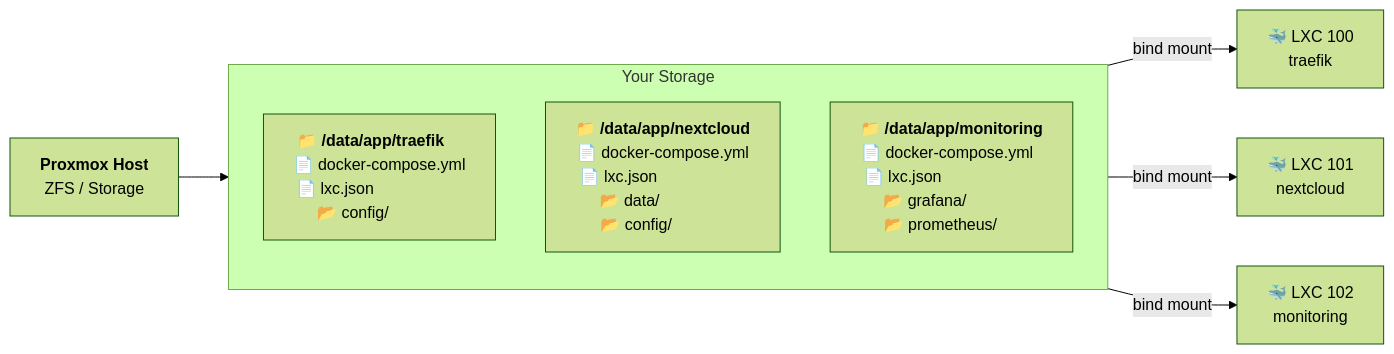
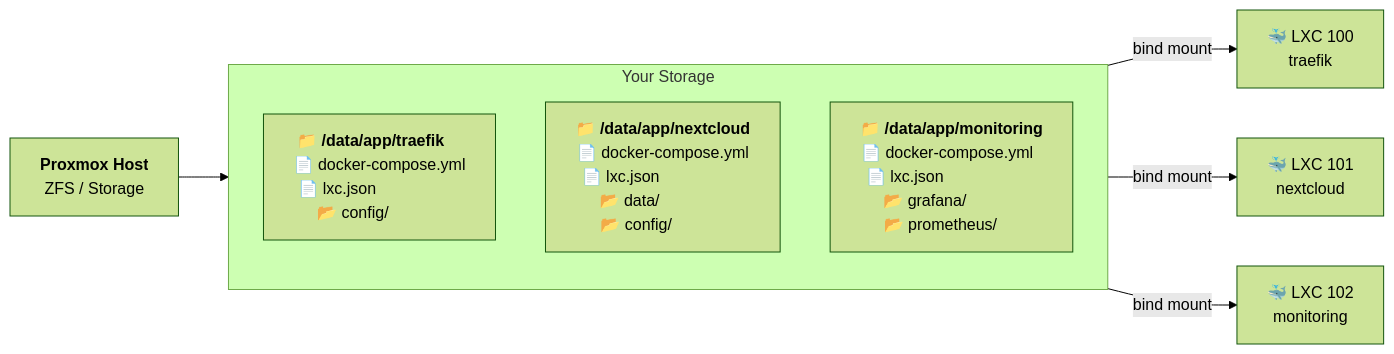
Before and after one commit to PoBruno/pve-compose: the diagram in README.md, drawn with Mermaid (forest theme). The commit also changed other lines of this file, not shown here.

Commit message:
readme: value prop, mermaid diagram, zfs storage IS your backup, lifecycle, full command reference, install from .deb or source

````diff
--- a/README.md
+++ b/README.md
@@ -11,17 +11,17 @@
 ```mermaid
 graph LR
     A["<b>Proxmox Host</b><br/>ZFS / Storage"] --> B
 
     subgraph B["Your Storage"]
         direction TB
-        D1["<b>📁 /data/app/traefik &nbsp;&nbsp;&nbsp;</b><br/>📄 docker-compose.yml<br/>📄 lxc.json &nbsp;&nbsp;&nbsp;&nbsp;&nbsp;&nbsp;&nbsp;&nbsp;&nbsp;&nbsp;&nbsp;&nbsp;&nbsp;&nbsp;&nbsp;&nbsp;&nbsp;&nbsp;&nbsp<br/>📂 config/ &nbsp;&nbsp;&nbsp;&nbsp;&nbsp;&nbsp;&nbsp;&nbsp;&nbsp;&nbsp;&nbsp;"]
+        D1["<b>📁 /data/app/traefik &nbsp;&nbsp;&nbsp;</b><br/>📄 docker-compose.yml<br/>📄 lxc.json &nbsp;&nbsp;&nbsp;&nbsp;&nbsp;&nbsp;&nbsp;&nbsp;&nbsp;&nbsp;&nbsp;&nbsp;&nbsp;&nbsp;&nbsp;&nbsp;&nbsp;&nbsp<br/>📂 config/ &nbsp;&nbsp;&nbsp;&nbsp;&nbsp;&nbsp;&nbsp;&nbsp;&nbsp;&nbsp;&nbsp;"]
         
-        D2["<b>📁 /data/app/nextcloud </b><br/>📄 docker-compose.yml<br/>📄 lxc.json &nbsp;&nbsp;&nbsp;&nbsp;&nbsp;&nbsp;&nbsp;&nbsp;&nbsp;&nbsp;&nbsp;&nbsp;&nbsp;&nbsp;&nbsp;&nbsp;&nbsp;&nbsp;&nbsp;<br/>📂 data/ &nbsp;&nbsp;&nbsp;&nbsp;&nbsp;&nbsp;&nbsp;&nbsp;&nbsp;&nbsp;&nbsp;&nbsp;&nbsp;&nbsp;<br/>📂 config/ &nbsp;&nbsp;&nbsp;&nbsp;&nbsp;&nbsp;&nbsp;&nbsp;&nbsp;&nbsp;&nbsp;"]
+        D2["<b>📁 /data/app/nextcloud </b><br/>📄 docker-compose.yml<br/>📄 lxc.json &nbsp;&nbsp;&nbsp;&nbsp;&nbsp;&nbsp;&nbsp;&nbsp;&nbsp;&nbsp;&nbsp;&nbsp;&nbsp;&nbsp;&nbsp;&nbsp;&nbsp;&nbsp;<br/>📂 data/ &nbsp;&nbsp;&nbsp;&nbsp;&nbsp;&nbsp;&nbsp;&nbsp;&nbsp;&nbsp;&nbsp;&nbsp;&nbsp;&nbsp;<br/>📂 config/ &nbsp;&nbsp;&nbsp;&nbsp;&nbsp;&nbsp;&nbsp;&nbsp;&nbsp;&nbsp;&nbsp;"]
         
-        D3["<b>📁 /data/app/monitoring</b><br/>📄 docker-compose.yml &nbsp;<br/>📄 lxc.json &nbsp;&nbsp;&nbsp;&nbsp;&nbsp;&nbsp;&nbsp;&nbsp;&nbsp;&nbsp;&nbsp;&nbsp;&nbsp;&nbsp;&nbsp;&nbsp;&nbsp;&nbsp;&nbsp;&nbsp;&nbsp;<br/>📂 grafana/ &nbsp;&nbsp;&nbsp;&nbsp;&nbsp;&nbsp;&nbsp;&nbsp;&nbsp;&nbsp;&nbsp;<br/>📂 prometheus/ &nbsp;&nbsp;&nbsp;&nbsp;"]
+        D3["<b>📁 /data/app/monitoring</b><br/>📄 docker-compose.yml &nbsp;<br/>📄 lxc.json &nbsp;&nbsp;&nbsp;&nbsp;&nbsp;&nbsp;&nbsp;&nbsp;&nbsp;&nbsp;&nbsp;&nbsp;&nbsp;&nbsp;&nbsp;&nbsp;&nbsp;&nbsp;&nbsp;&nbsp;<br/>📂 grafana/ &nbsp;&nbsp;&nbsp;&nbsp;&nbsp;&nbsp;&nbsp;&nbsp;&nbsp;&nbsp;&nbsp;<br/>📂 prometheus/ &nbsp;&nbsp;&nbsp;&nbsp;"]
     end
 
     D1 -->|"bind mount"| C1["🐳 LXC 100<br/>traefik"]
     D2 -->|"bind mount"| C2["🐳 LXC 101<br/>nextcloud"]
     D3 -->|"bind mount"| C3["🐳 LXC 102<br/>monitoring"]
 ```
````
